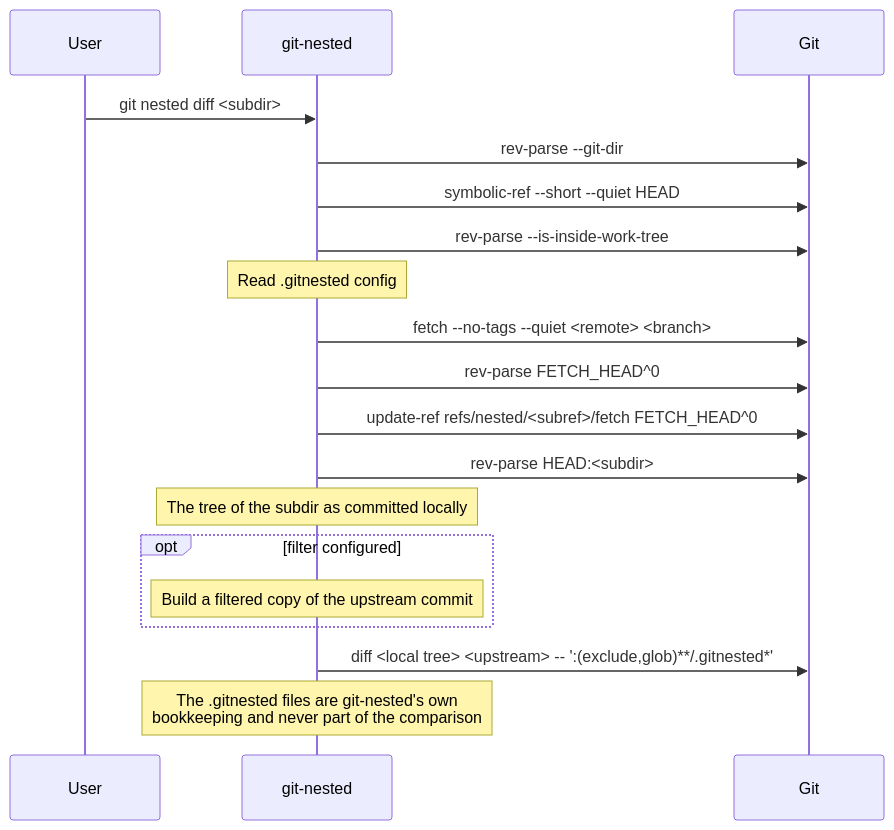
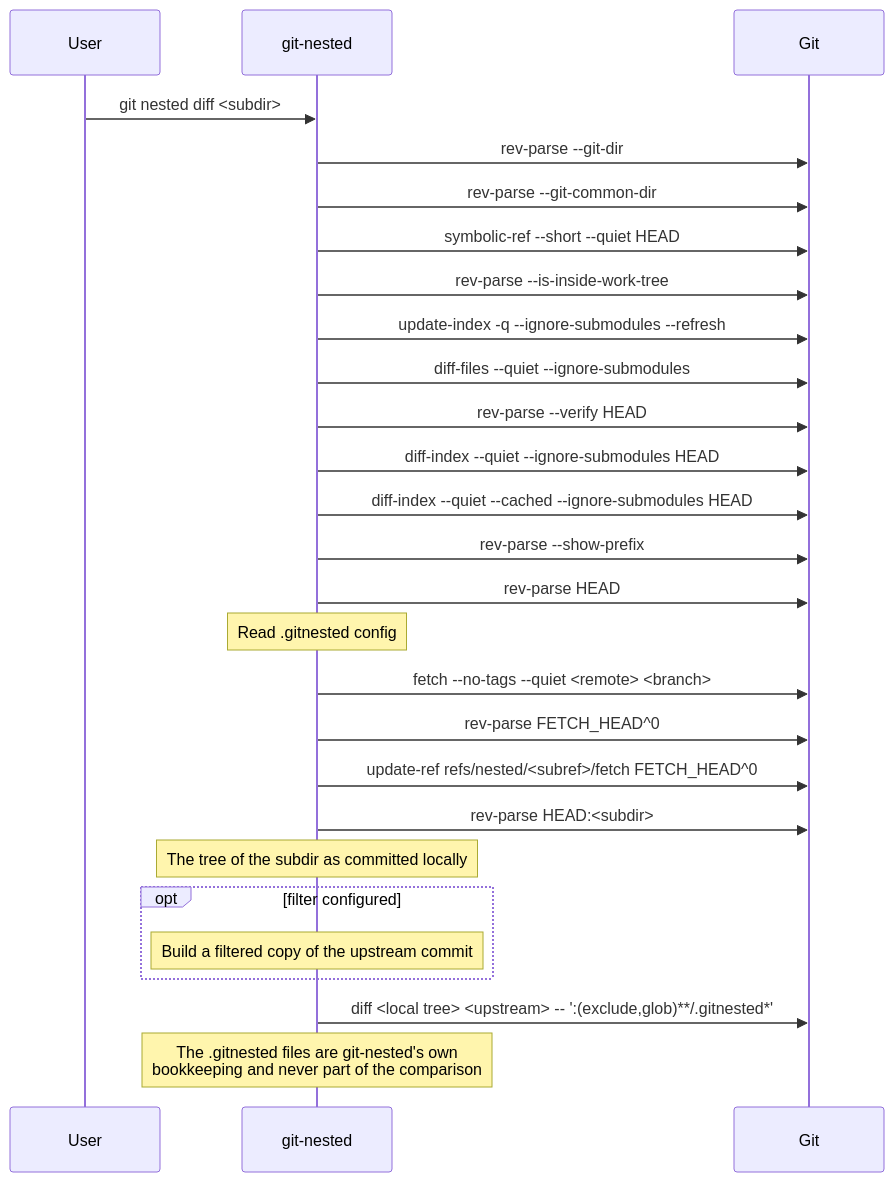
The ninth of 12 diagrams in docs/diagrams.md (thorsten-klein/git-nested), drawn with Mermaid before and after one commit. The commit also changed other lines of this file and 12 other files, not shown here.

````diff
--- a/docs/diagrams.md
+++ b/docs/diagrams.md
@@ -444,26 +468,34 @@
 ```mermaid
 sequenceDiagram
     participant User
     participant git-nested
     participant Git
 
     User->>git-nested: git nested diff <subdir>
     git-nested->>Git: rev-parse --git-dir
+    git-nested->>Git: rev-parse --git-common-dir
     git-nested->>Git: symbolic-ref --short --quiet HEAD
     git-nested->>Git: rev-parse --is-inside-work-tree
+    git-nested->>Git: update-index -q --ignore-submodules --refresh
+    git-nested->>Git: diff-files --quiet --ignore-submodules
+    git-nested->>Git: rev-parse --verify HEAD
+    git-nested->>Git: diff-index --quiet --ignore-submodules HEAD
+    git-nested->>Git: diff-index --quiet --cached --ignore-submodules HEAD
+    git-nested->>Git: rev-parse --show-prefix
+    git-nested->>Git: rev-parse HEAD
     Note over git-nested: Read .gitnested config
 
     git-nested->>Git: fetch --no-tags --quiet <remote> <branch>
     git-nested->>Git: rev-parse FETCH_HEAD^0
     git-nested->>Git: update-ref refs/nested/<subref>/fetch FETCH_HEAD^0
 
     git-nested->>Git: rev-parse HEAD:<subdir>
     Note over git-nested: The tree of the subdir as committed locally
 
     opt filter configured
         Note over git-nested: Build a filtered copy of the upstream commit
     end
 
     git-nested->>Git: diff <local tree> <upstream> -- ':(exclude,glob)**/.gitnested*'
     Note over git-nested: The .gitnested files are git-nested's own<br/>bookkeeping and never part of the comparison
 ```
````
